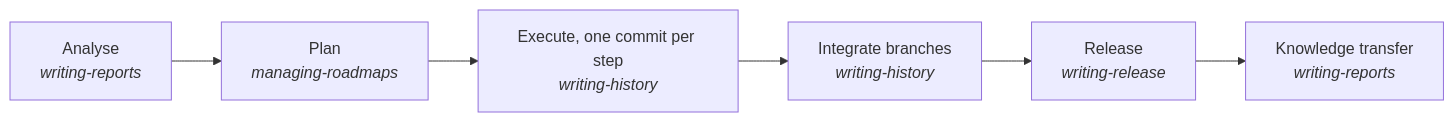
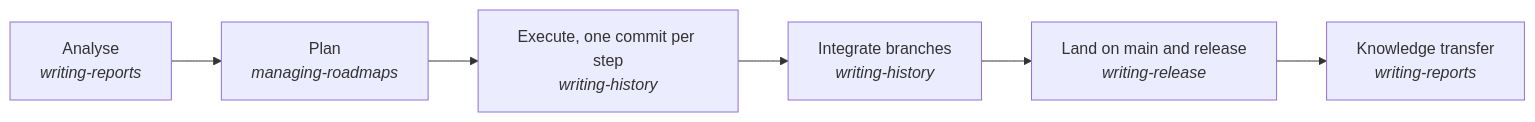
One commit to CrackingShells/cracking-shells-playbook changed the diagram in README.md. Above: the diagram before and after it, drawn with Mermaid. The commit also changed other lines of this file and 3 other files, not shown here.

First line of the commit message:
docs(plugins): describe writing-release as the release-cycle manual

````diff
--- a/README.md
+++ b/README.md
@@ -23,8 +23,8 @@
 ```mermaid
 graph LR
     A["Analyse<br/><i>writing-reports</i>"] --> R["Plan<br/><i>managing-roadmaps</i>"]
     R --> E["Execute, one commit per step<br/><i>writing-history</i>"]
     E --> I["Integrate branches<br/><i>writing-history</i>"]
-    I --> P["Release<br/><i>writing-release</i>"]
+    I --> P["Land on main and release<br/><i>writing-release</i>"]
     P --> K["Knowledge transfer<br/><i>writing-reports</i>"]
 ```
````
